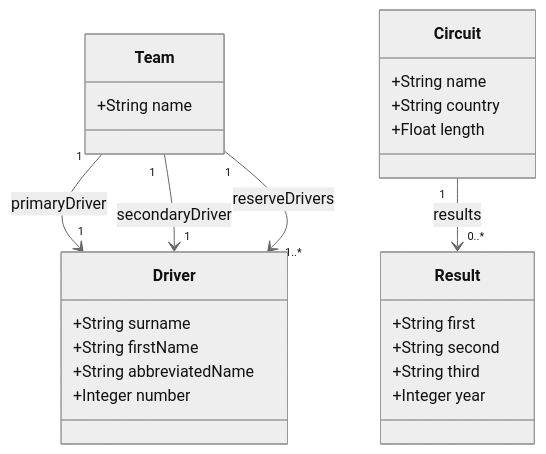
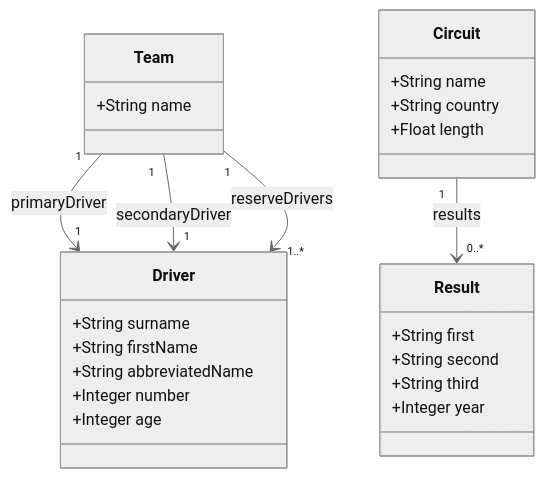
One commit to LiamDoocey/Mobile-App-Dev-Assignment-1 changed the second of 2 diagrams in docs/f1-geek-v1.md. Above: the diagram before and after it, drawn with Mermaid (neutral theme). The commit also changed 2 other files, not shown here.

Commit message:
Added age to driver.

````diff
--- a/docs/f1-geek-v1.md
+++ b/docs/f1-geek-v1.md
@@ -58,28 +58,29 @@
 ```mermaid
 classDiagram
     Team "1" --> "1" Driver : primaryDriver
     Team "1" --> "1" Driver : secondaryDriver
     Team "1" --> "1..*"  Driver : reserveDrivers
     class Driver{
         +String surname
         +String firstName
         +String abbreviatedName
         +Integer number
+        +Integer age
     }
     class Team{
         +String name
     }
 
     Circuit "1" --> "0..*" Result: results
     class Circuit{
         +String name
         +String country
         +Float length 
     }
     class Result{
         +String first
         +String second
         +String third
         +Integer year
     }
 ```
````
